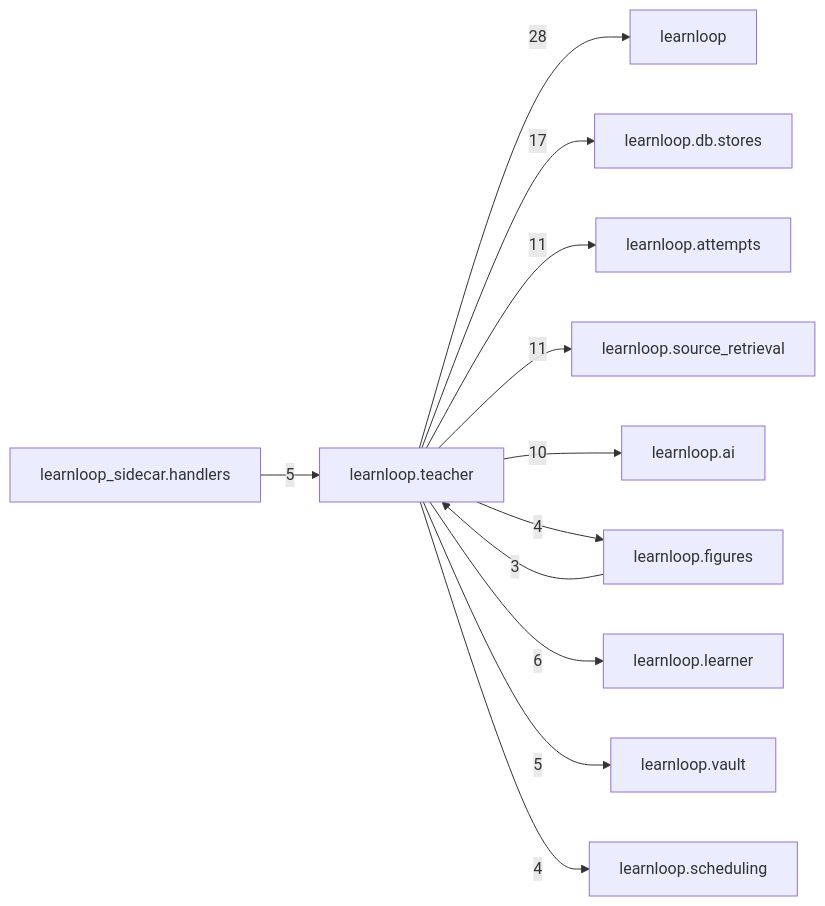
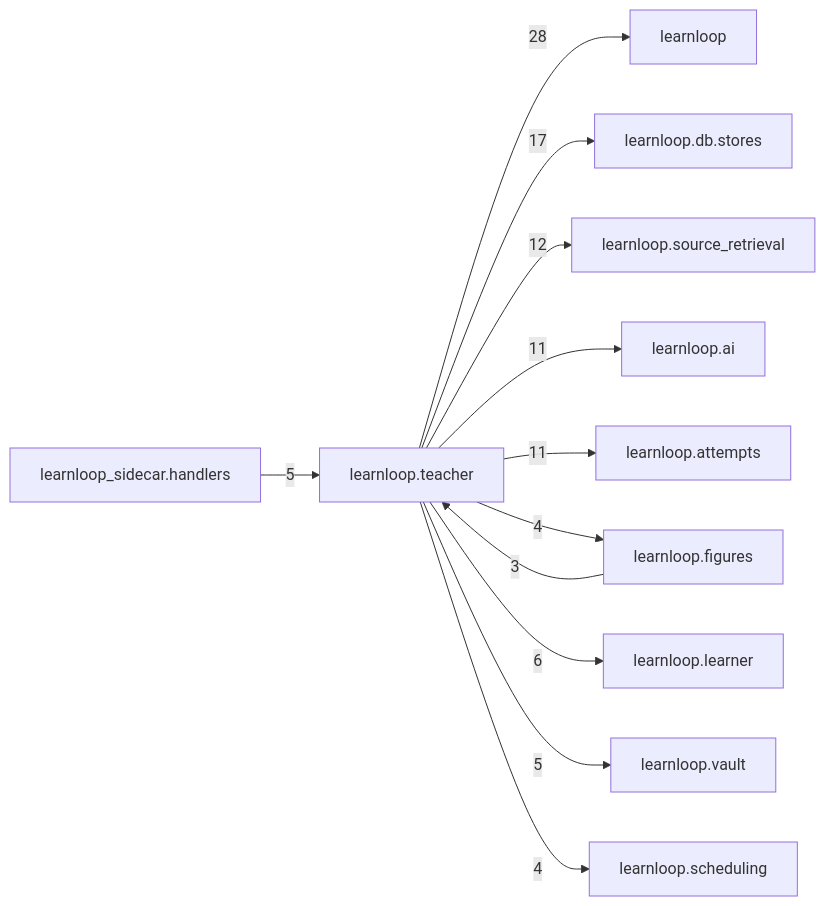
Before and after one commit to 6up-b/learnanything: the diagram in docs/learnloop-architecture-vault/Reference/Modules/learnloop/teacher/_package.md, drawn with Mermaid. The commit also changed other lines of this file and 90 other files, not shown here.

````diff
--- a/docs/learnloop-architecture-vault/Reference/Modules/learnloop/teacher/_package.md
+++ b/docs/learnloop-architecture-vault/Reference/Modules/learnloop/teacher/_package.md
@@ -124,25 +126,25 @@
 ```mermaid
 flowchart LR
     center["learnloop.teacher"]
     n_learnloop["learnloop"]
     n_learnloop_db_stores["learnloop.db.stores"]
-    n_learnloop_attempts["learnloop.attempts"]
     n_learnloop_source_retrieval["learnloop.source_retrieval"]
     n_learnloop_ai["learnloop.ai"]
+    n_learnloop_attempts["learnloop.attempts"]
     n_learnloop_figures["learnloop.figures"]
     n_learnloop_learner["learnloop.learner"]
     n_learnloop_vault["learnloop.vault"]
     n_learnloop_sidecar_handlers["learnloop_sidecar.handlers"]
     n_learnloop_scheduling["learnloop.scheduling"]
     center -->|28| n_learnloop
     center -->|17| n_learnloop_db_stores
+    center -->|12| n_learnloop_source_retrieval
+    center -->|11| n_learnloop_ai
     center -->|11| n_learnloop_attempts
-    center -->|11| n_learnloop_source_retrieval
-    center -->|10| n_learnloop_ai
     n_learnloop_figures -->|3| center
     center -->|4| n_learnloop_figures
     center -->|6| n_learnloop_learner
     center -->|5| n_learnloop_vault
     n_learnloop_sidecar_handlers -->|5| center
     center -->|4| n_learnloop_scheduling
 ```
````
